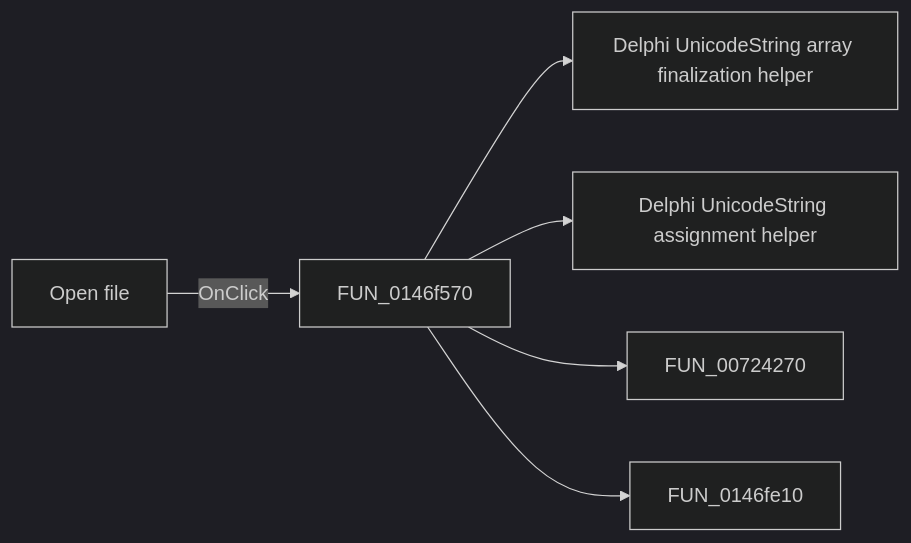
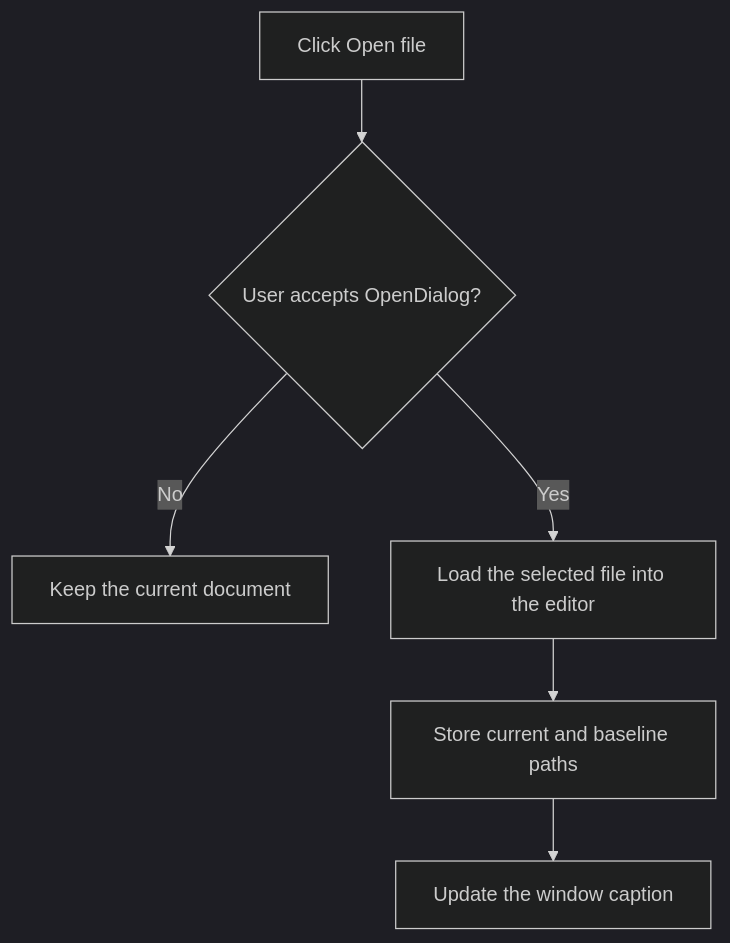
The diagram in docs/ui-controls/pymainform/sbfileopen-35d7d40e15.md (MovGP0/TIARA), drawn with Mermaid (dark theme) before and after one commit. The commit also changed other lines of this file and 1062 other files, not shown here.

````diff
--- a/docs/ui-controls/pymainform/sbfileopen-35d7d40e15.md
+++ b/docs/ui-controls/pymainform/sbfileopen-35d7d40e15.md
@@ -27,8 +29,8 @@
 ```mermaid
-flowchart LR
-    control["Open file"] -->|OnClick| handler["FUN_0146f570"]
-    handler --> call1["Delphi UnicodeString array finalization helper"]
-    handler --> call2["Delphi UnicodeString assignment helper"]
-    handler --> call3["FUN_00724270"]
-    handler --> call4["FUN_0146fe10"]
+flowchart TD
+    control["Click Open file"] --> accepted{"User accepts OpenDialog?"}
+    accepted -->|No| noAction["Keep the current document"]
+    accepted -->|Yes| load["Load the selected file into the editor"]
+    load --> paths["Store current and baseline paths"]
+    paths --> title["Update the window caption"]
 ```
````
